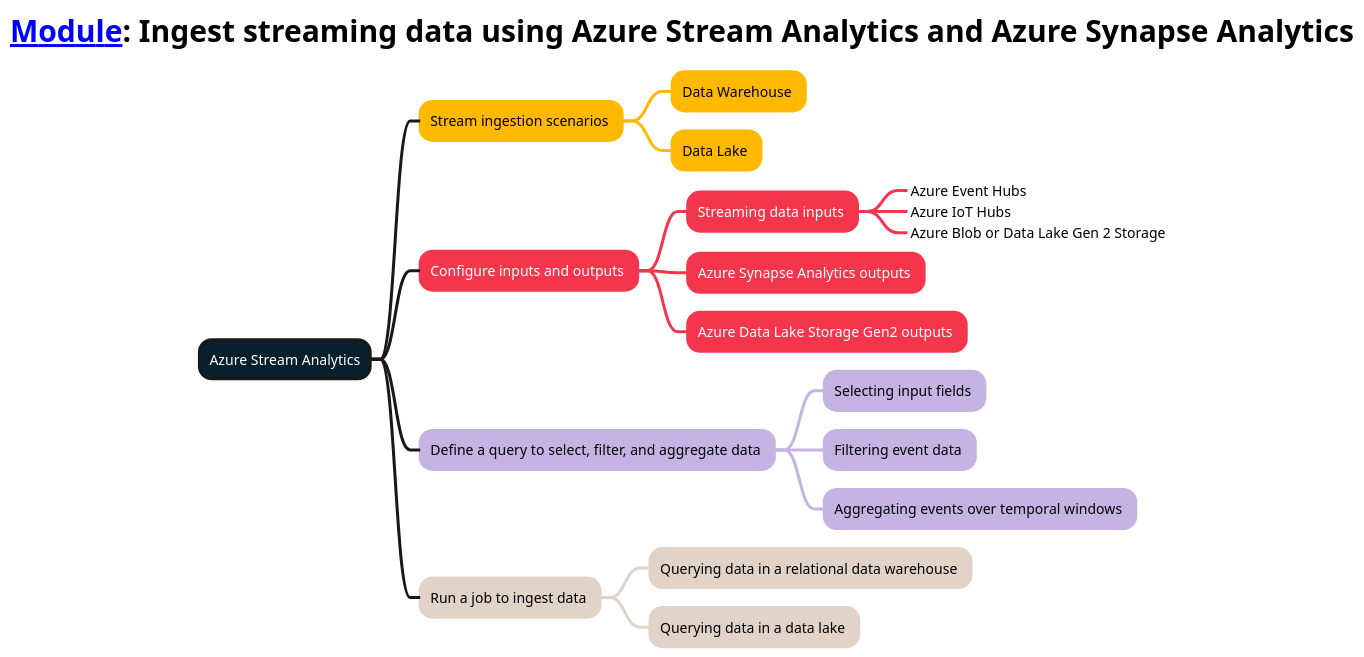
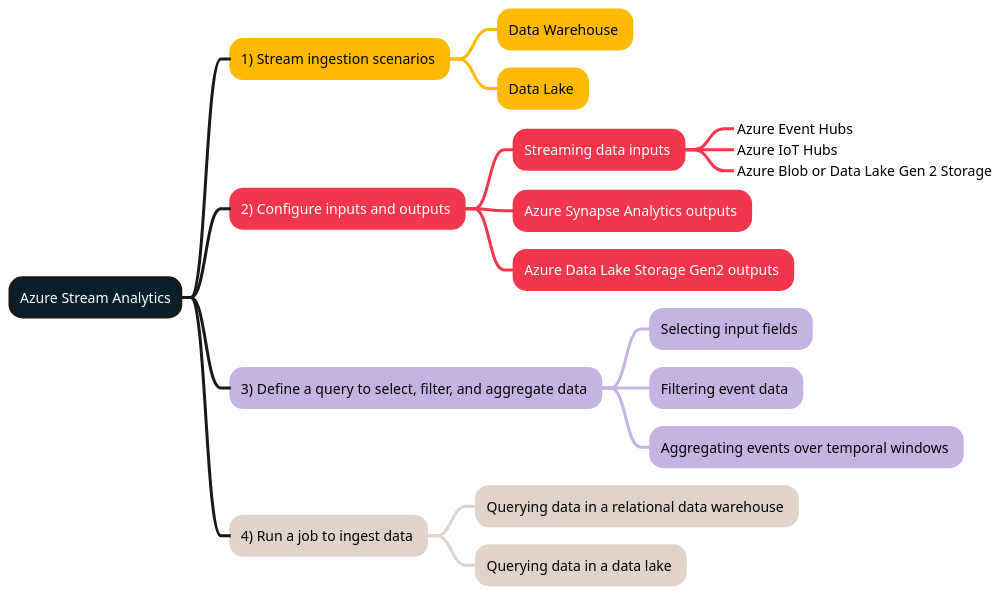
Before and after one commit to weslbo/dp-203: the diagram in mindmaps/18-Ingest streaming data using Azure Stream Analytics and Azure Synapse Analytics.plantuml, drawn with PlantUML. The commit also changed 72 other files, not shown here.

Commit message:
Updated mindmaps

```diff
--- a/mindmaps/18-Ingest streaming data using Azure Stream Analytics and Azure Synapse Analytics.plantuml
+++ b/mindmaps/18-Ingest streaming data using Azure Stream Analytics and Azure Synapse Analytics.plantuml
@@ -1,64 +1,57 @@
 @startmindmap
 <style>
-title {
-        FontSize 30
-        FontColor #000000
-    }
-mindmapDiagram {
-    :depth(0) {
-        BackgroundColor #091f2c
-        FontColor #ffffff
-        LineThickness 3.0
-    }
-    .topic1 {
-        BackgroundColor #ffb900
-        LineColor #ffb900
-        LineThickness 3.0
-        FontColor #000000
-    }
-    .topic2 {
-        BackgroundColor #f4364c
-        LineColor #f4364c
-        LineThickness 3.0
-        FontColor #ffffff
-    }
-    .topic3 {
-        BackgroundColor #c5b4e3
-        LineColor #c5b4e3
-        LineThickness 3.0
-        FontColor #000000
-    }
-    .topic4 {
-        BackgroundColor #e1d3c7
-        LineColor #e1d3c7
-        LineThickness 3.0
-        FontColor #000000
-    }
-    .topic5 {
-        BackgroundColor #07641d
-        LineColor #07641d
-        LineThickness 3.0
-        FontColor #ffffff
-    }
+:depth(0) {
+    BackgroundColor #091f2c
+    FontColor #ffffff
+    LineThickness 3.0
+}
+.topic1 {
+    BackgroundColor #ffb900
+    LineColor #ffb900
+    LineThickness 3.0
+    FontColor #000000
+}
+.topic2 {
+    BackgroundColor #f4364c
+    LineColor #f4364c
+    LineThickness 3.0
+    FontColor #ffffff
+}
+.topic3 {
+    BackgroundColor #c5b4e3
+    LineColor #c5b4e3
+    LineThickness 3.0
+    FontColor #000000
+}
+.topic4 {
+    BackgroundColor #e1d3c7
+    LineColor #e1d3c7
+    LineThickness 3.0
+    FontColor #000000
+}
+.topic5 {
+    BackgroundColor #07641d
+    LineColor #07641d
+    LineThickness 3.0
+    FontColor #ffffff
 }
 </style>
-title [[https://learn.microsoft.com/training/modules/ingest-streaming-data-use-azure-stream-analytics-synapse/ Module]]: Ingest streaming data using Azure Stream Analytics and Azure Synapse Analytics
 + Azure Stream Analytics
-++ Stream ingestion scenarios <<topic1>>
+++ 1) Stream ingestion scenarios <<topic1>>
 +++ Data Warehouse <<topic1>>
 +++ Data Lake <<topic1>>
-++ Configure inputs and outputs <<topic2>>
+++ 2) Configure inputs and outputs <<topic2>>
 +++ Streaming data inputs <<topic2>>
 ++++_ Azure Event Hubs
 ++++_ Azure IoT Hubs
 ++++_ Azure Blob or Data Lake Gen 2 Storage
 +++ Azure Synapse Analytics outputs <<topic2>>
 +++ Azure Data Lake Storage Gen2 outputs <<topic2>>
-++ Define a query to select, filter, and aggregate data <<topic3>>
+++ 3) Define a query to select, filter, and aggregate data <<topic3>>
 +++ Selecting input fields <<topic3>>
 +++ Filtering event data <<topic3>>
 +++ Aggregating events over temporal windows <<topic3>>
-++ Run a job to ingest data <<topic4>>
+++ 4) Run a job to ingest data <<topic4>>
 +++ Querying data in a relational data warehouse <<topic4>>
 +++ Querying data in a data lake <<topic4>>
 @endmindmap
```
